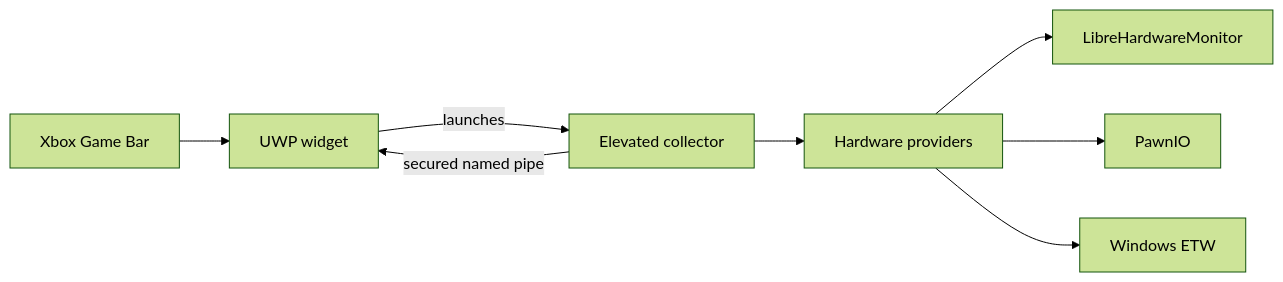
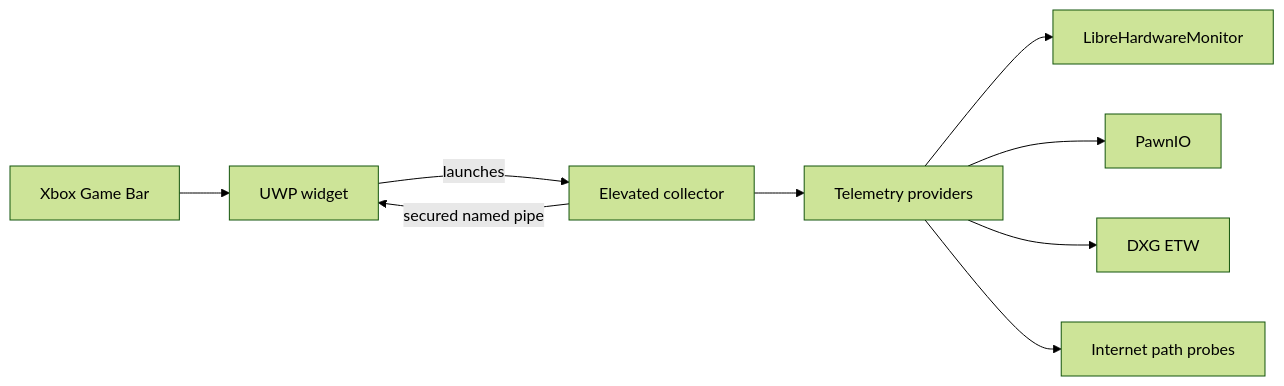
The diagram in README.md (ignYoqzii/SensorHUD), drawn with Mermaid (forest theme) before and after one commit. The commit also changed other lines of this file and 42 other files, not shown here.

````diff
--- a/README.md
+++ b/README.md
@@ -131,10 +143,11 @@
 ```mermaid
 flowchart LR
     G["Xbox Game Bar"] --> W["UWP widget"]
     W -->|"launches"| C["Elevated collector"]
     C -->|"secured named pipe"| W
-    C --> H["Hardware providers"]
-    H --> L["LibreHardwareMonitor"]
-    H --> P["PawnIO"]
-    H --> E["Windows ETW"]
+    C --> T["Telemetry providers"]
+    T --> L["LibreHardwareMonitor"]
+    T --> P["PawnIO"]
+    T --> E["DXG ETW"]
+    T --> I["Internet path probes"]
 ```
````
